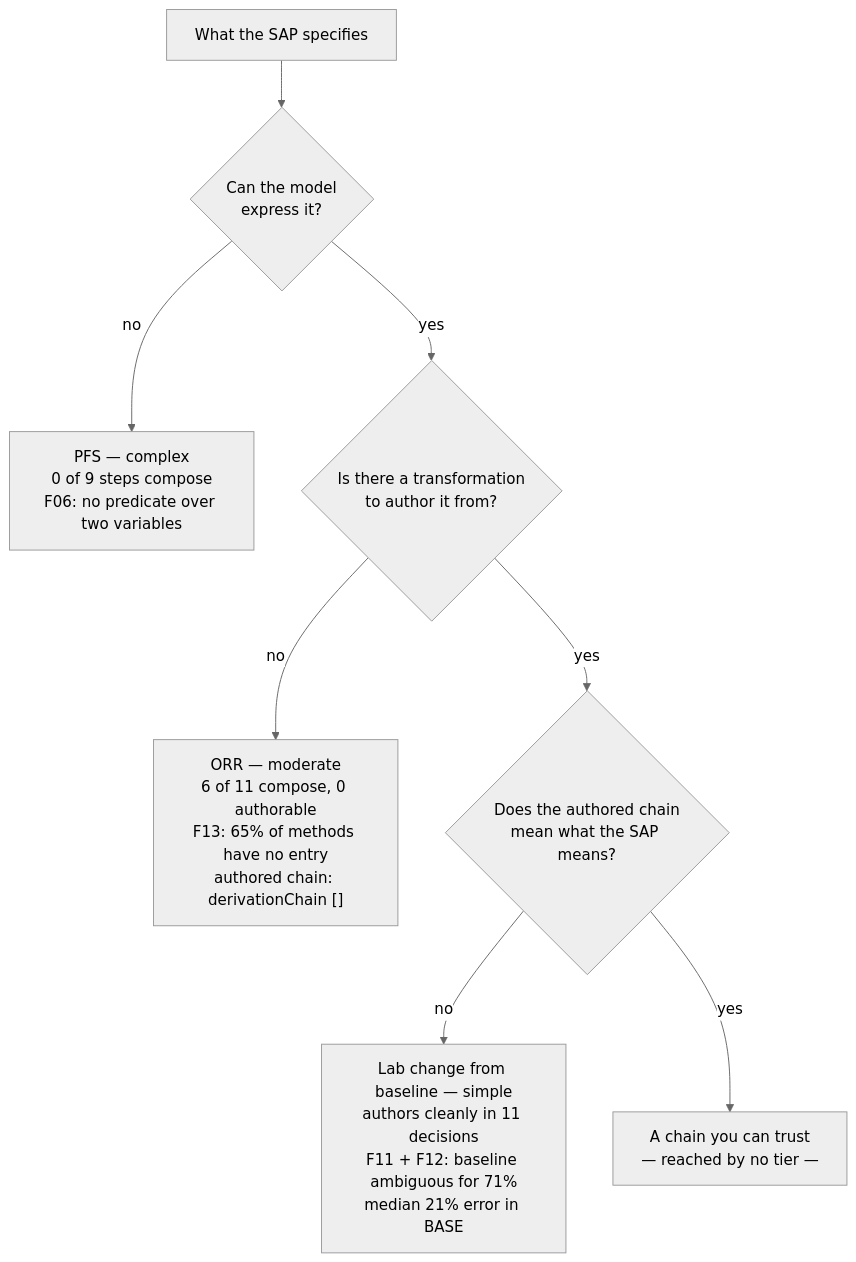
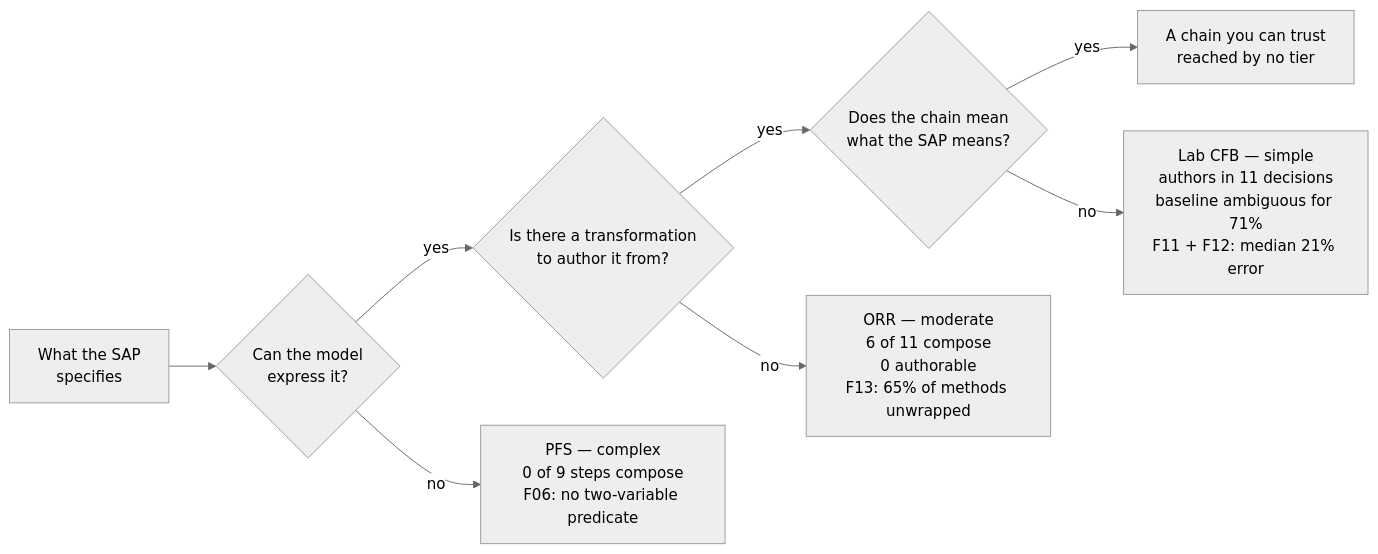
The diagram in README.md (Lovemore-Gakava/usdm-acdc-in-practice), drawn with Mermaid (neutral theme) before and after one commit.

Commit message:
Verify the mermaid renders, and switch it to left-to-right
Rendered the committed block locally against mermaid 11 from a CDN, served
over http and driven in Chrome. The repo has no remote, so GitHub could not be
used.

The top-down version rendered correctly - RENDER_OK, 8 nodes, 7 edges, no parse
errors, <br/> breaks and em-dashes honoured. Two problems showed up only when
looking at it:

  - viewBox 872 x 1253. A tall column in a README nobody scrolls through.
  - the prose says "read left to right" and the chart went top-down.
  - one label soft-wrapped mid-phrase, giving "6 of 11 compose, 0 / authorable".

Switched to flowchart LR: viewBox 1404 x 555, which is the right shape for a
README and matches the prose. The three gates now ascend left to right with
each tier's failure dropping below its gate, and "a chain you can trust,
reached by no tier" sits at the end of the passing path where it is hardest to
miss.

Labels split onto explicit <br/> lines so nothing soft-wraps mid-phrase, and
the em-dashes written as &mdash; which mermaid renders correctly.

Re-verified after the edit: RENDER_OK, 8 nodes, 7 edges.

````diff
--- a/README.md
+++ b/README.md
@@ -160,14 +160,11 @@
 ```mermaid
-flowchart TD
-    SAP["What the SAP specifies"]
-    SAP --> G1{"Can the model<br/>express it?"}
+flowchart LR
+    SAP["What the SAP<br/>specifies"] --> G1{"Can the model<br/>express it?"}
+    G1 -->|yes| G2{"Is there a transformation<br/>to author it from?"}
+    G2 -->|yes| G3{"Does the chain mean<br/>what the SAP means?"}
+    G3 -->|yes| OK["A chain you can trust<br/>reached by no tier"]
 
-    G1 -->|no| PFS["PFS — complex<br/>0 of 9 steps compose<br/>F06: no predicate over two variables"]
-    G1 -->|yes| G2{"Is there a transformation<br/>to author it from?"}
-
-    G2 -->|no| ORR["ORR — moderate<br/>6 of 11 compose, 0 authorable<br/>F13: 65% of methods have no entry<br/>authored chain: derivationChain []"]
-    G2 -->|yes| G3{"Does the authored chain<br/>mean what the SAP means?"}
-
-    G3 -->|no| LAB["Lab change from baseline — simple<br/>authors cleanly in 11 decisions<br/>F11 + F12: baseline ambiguous for 71%<br/>median 21% error in BASE"]
-    G3 -->|yes| OK["A chain you can trust<br/>— reached by no tier —"]
+    G1 -->|no| PFS["PFS &mdash; complex<br/>0 of 9 steps compose<br/>F06: no two-variable predicate"]
+    G2 -->|no| ORR["ORR &mdash; moderate<br/>6 of 11 compose<br/>0 authorable<br/>F13: 65% of methods unwrapped"]
+    G3 -->|no| LAB["Lab CFB &mdash; simple<br/>authors in 11 decisions<br/>baseline ambiguous for 71%<br/>F11 + F12: median 21% error"]
 ```
````
